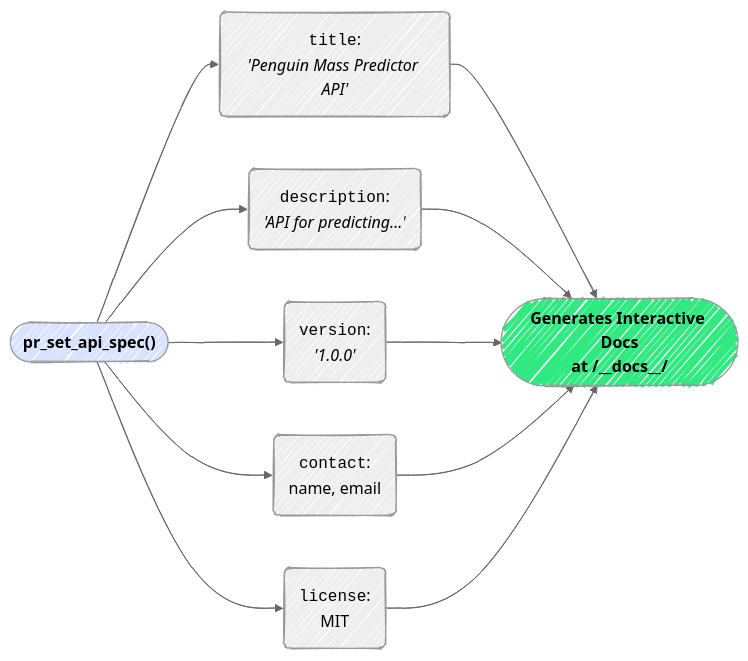
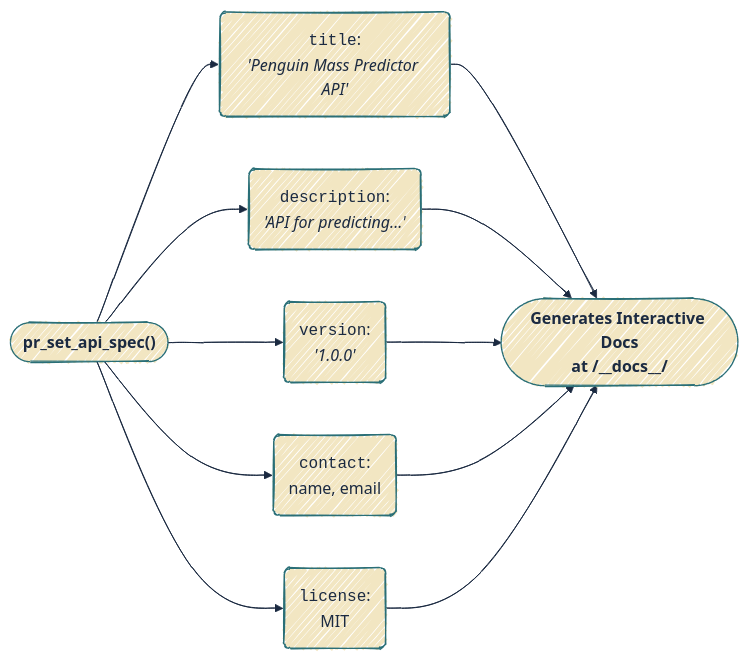
The sixth of 7 diagrams in plumber.qmd (mjfrigaard/do4ds-labs), drawn with Mermaid before and after one commit. The commit also changed other lines of this file and 88 other files, not shown here.

````diff
--- a/plumber.qmd
+++ b/plumber.qmd
@@ -1253,21 +1239,19 @@
 ```{mermaid}
 %%| fig-width: 7.0
 %%| fig-align: center
-%%{init: {'theme': 'neutral', 'look': 'handDrawn', 'themeVariables': { 'fontFamily': 'monospace'}}}%%
+%%{init: {'theme': 'base', 'look': 'handDrawn', 'themeVariables': { 'fontFamily': 'monospace', 'primaryColor': '#F2E6C2', 'primaryBorderColor': '#2A6F77', 'primaryTextColor': '#1B2A41', 'secondaryColor': '#d4e7e4', 'tertiaryColor': '#f5f0e4', 'lineColor': '#1B2A41', 'edgeLabelBackground': '#F2E6C2'}}}%%
 
 graph LR
     
     Function(["<strong>pr_set_api_spec()</strong>"])
     
     Function --> Title("<code>title</code>:<br/><em>'Penguin Mass Predictor API'</em>")
     Function --> Desc("<code>description</code>:<br/><em>'API for predicting...'</em>")
     Function --> Version("<code>version</code>:<br/><em>'1.0.0'</em>")
     Function --> Contact("<code>contact</code>:<br/>name, email")
     Function --> License("<code>license</code>:<br/>MIT")
     
     Title & Desc & Version & Contact & License --> Swagger(["<strong>Generates Interactive Docs<br/>at /__docs__/</strong>"])
     
-    style Function fill:#d8e4ff
-    style Swagger fill:#31e981
     
 ```
````
